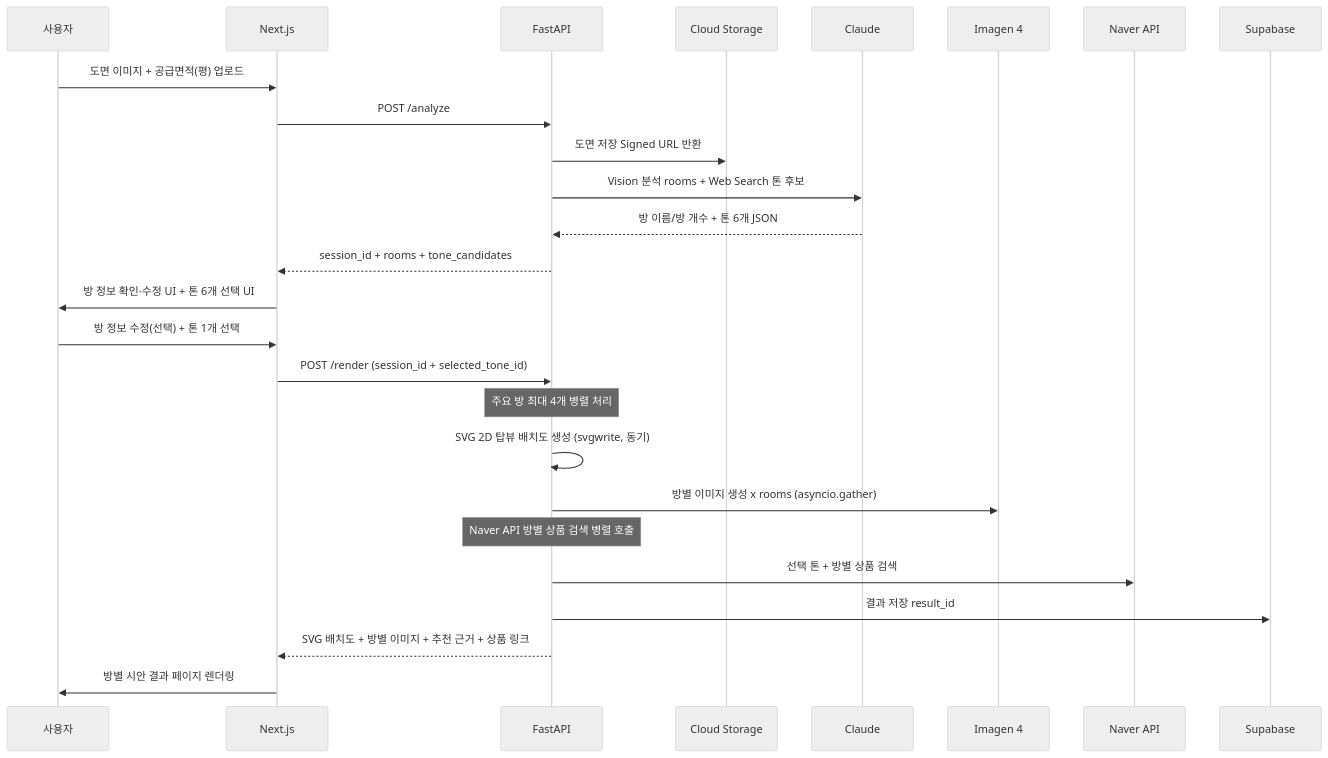
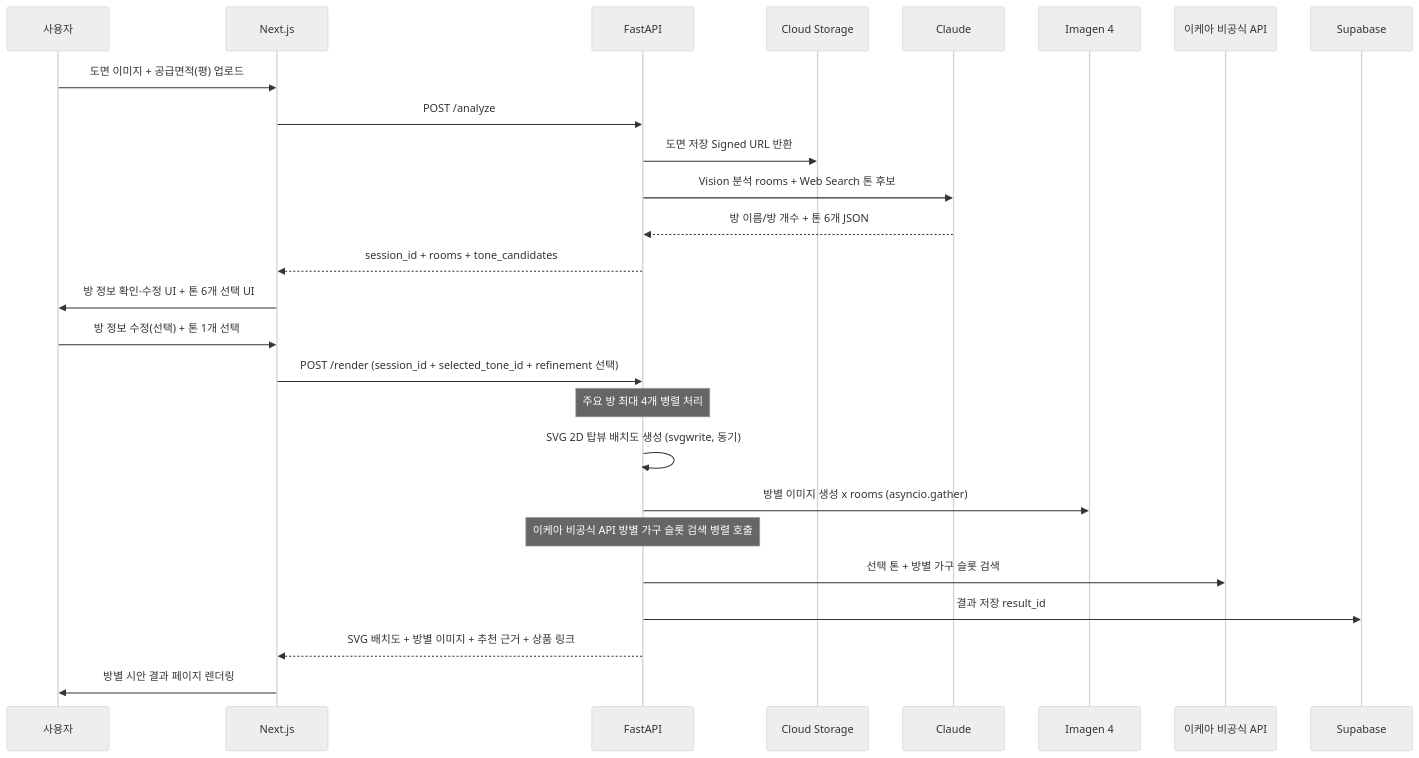
One commit to Jake-seongsoo/2026_KDT_Interior changed the second of 3 diagrams in docs/시스템_아키텍처.md. Above: the diagram before and after it, drawn with Mermaid (neutral theme). The commit also changed other lines of this file and 5 other files, not shown here.

````diff
--- a/docs/시스템_아키텍처.md
+++ b/docs/시스템_아키텍처.md
@@ -55,30 +55,30 @@
 ```mermaid
 sequenceDiagram
   participant User as 사용자
   participant FE as Next.js
   participant BE as FastAPI
   participant GCS as Cloud Storage
   participant Claude as Claude
   participant Imagen as Imagen 4
-  participant Naver as Naver API
+  participant Ikea as 이케아 비공식 API
   participant DB as Supabase
 
   User->>FE: 도면 이미지 + 공급면적(평) 업로드
   FE->>BE: POST /analyze
   BE->>GCS: 도면 저장 Signed URL 반환
   BE->>Claude: Vision 분석 rooms + Web Search 톤 후보
   Claude-->>BE: 방 이름/방 개수 + 톤 6개 JSON
   BE-->>FE: session_id + rooms + tone_candidates
   FE->>User: 방 정보 확인·수정 UI + 톤 6개 선택 UI
 
   User->>FE: 방 정보 수정(선택) + 톤 1개 선택
-  FE->>BE: POST /render (session_id + selected_tone_id)
+  FE->>BE: POST /render (session_id + selected_tone_id + refinement 선택)
   Note over BE: 주요 방 최대 4개 병렬 처리
   BE->>BE: SVG 2D 탑뷰 배치도 생성 (svgwrite, 동기)
   BE->>Imagen: 방별 이미지 생성 x rooms (asyncio.gather)
-  Note over BE: Naver API 방별 상품 검색 병렬 호출
-  BE->>Naver: 선택 톤 + 방별 상품 검색
+  Note over BE: 이케아 비공식 API 방별 가구 슬롯 검색 병렬 호출
+  BE->>Ikea: 선택 톤 + 방별 가구 슬롯 검색
   BE->>DB: 결과 저장 result_id
   BE-->>FE: SVG 배치도 + 방별 이미지 + 추천 근거 + 상품 링크
   FE->>User: 방별 시안 결과 페이지 렌더링
 ```
````
